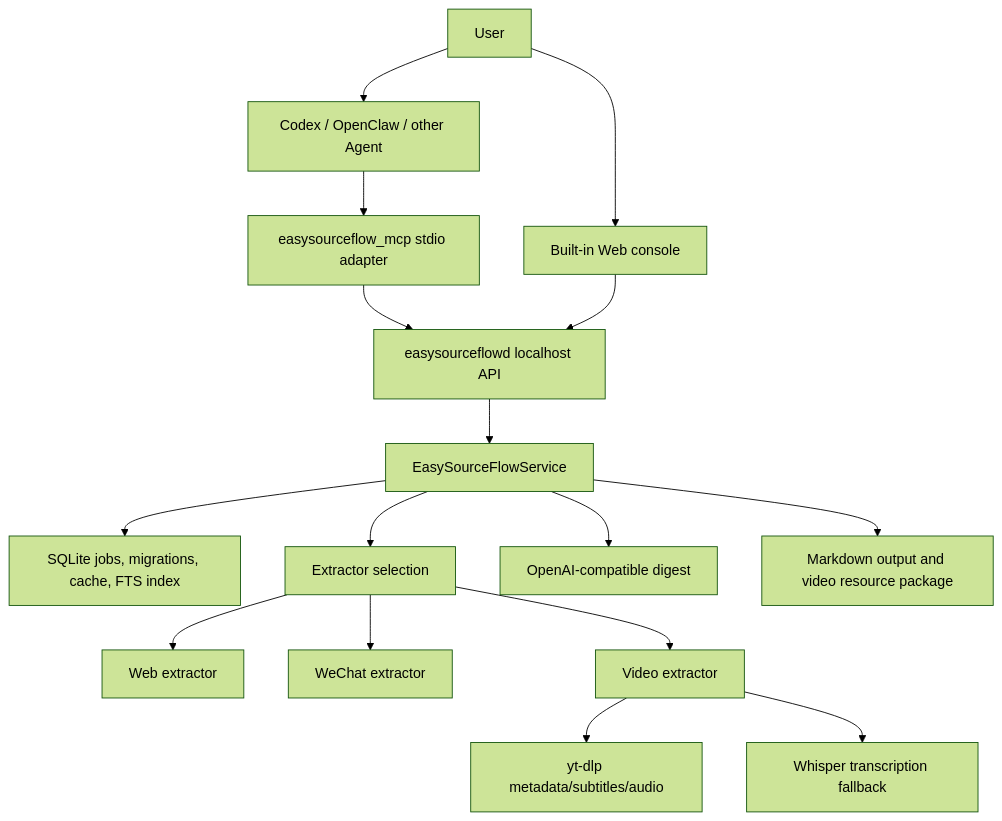
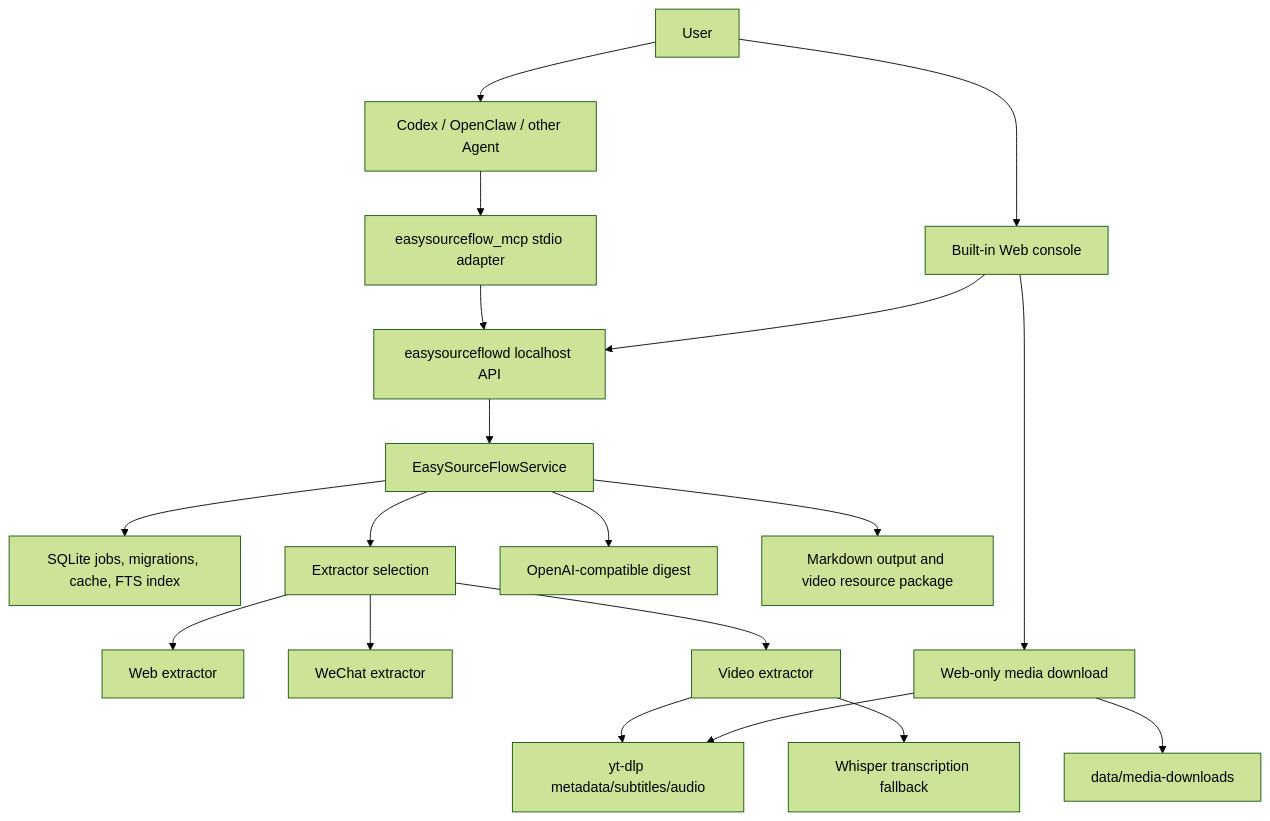
Before and after one commit to john-ops-lab/EasySourceFlow: the diagram in docs/ARCHITECTURE.md, drawn with Mermaid (forest theme). The commit also changed other lines of this file and 29 other files, not shown here.

````diff
--- a/docs/ARCHITECTURE.md
+++ b/docs/ARCHITECTURE.md
@@ -15,18 +15,21 @@
 ```mermaid
 flowchart TD
     User["User"] --> Agent["Codex / OpenClaw / other Agent"]
     User --> UI["Built-in Web console"]
     Agent --> MCP["easysourceflow_mcp stdio adapter"]
     MCP --> API["easysourceflowd localhost API"]
     UI --> API
     API --> Service["EasySourceFlowService"]
     Service --> Store["SQLite jobs, migrations, cache, FTS index"]
     Service --> Extractors["Extractor selection"]
     Extractors --> Web["Web extractor"]
     Extractors --> WeChat["WeChat extractor"]
     Extractors --> Video["Video extractor"]
     Video --> YTDLP["yt-dlp metadata/subtitles/audio"]
     Video --> Transcribe["Whisper transcription fallback"]
     Service --> Digest["OpenAI-compatible digest"]
     Service --> Output["Markdown output and video resource package"]
+    UI --> Media["Web-only media download"]
+    Media --> YTDLP
+    Media --> MediaFiles["data/media-downloads"]
 ```
````
